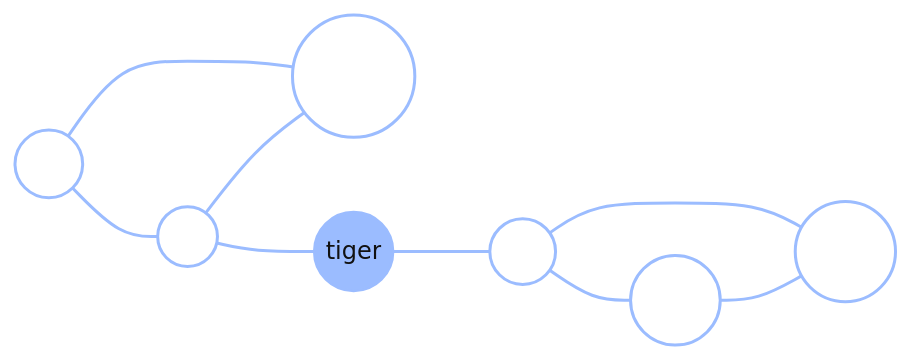
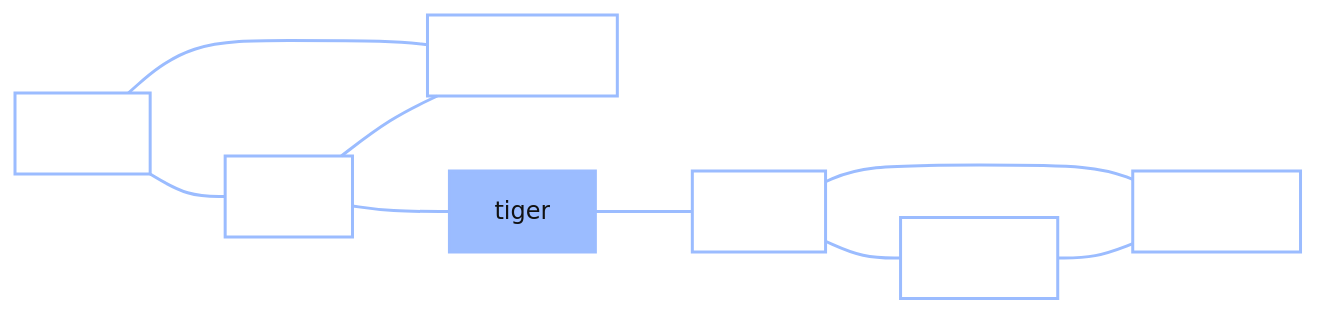
One commit to josephausterweil/probintro changed the diagram in content/intro2/15_memory_search.md. Above: the diagram before and after it, drawn with Mermaid (base theme). The commit also changed 1 other file, not shown here.

Commit message:
Ch 14/15: uniform node size in network diagrams (circles → rounded rects)
Mermaid sizes circle nodes (( )) to fit their label, so "Hamster" /
"giraffe" ballooned into much larger circles than "Dog" / "cat" — looked
odd. Switched the network diagrams to rounded-rectangle nodes [ ], which
keep a uniform height regardless of label length. Diagram-only change
(two diagrams in Ch 14, one in Ch 15); no code or prose touched, so code
still validates green. Ch 13's diagrams left as circles — their labels
are balanced (T/tonkatsu vs H/hamburger) or single digits, so no
ballooning there.

````diff
--- a/content/intro2/15_memory_search.md
+++ b/content/intro2/15_memory_search.md
@@ -33,16 +33,16 @@
 ```mermaid
 graph LR
-    Pet1((dog)) --- Pet2((cat))
-    Pet1 --- Pet3((hamster))
+    Pet1["dog"] --- Pet2["cat"]
+    Pet1 --- Pet3["hamster"]
     Pet2 --- Pet3
-    Pet2 --- Bridge((tiger))
-    Bridge --- Afr1((lion))
-    Afr1 --- Afr2((zebra))
-    Afr1 --- Afr3((giraffe))
+    Pet2 --- Bridge["tiger"]
+    Bridge --- Afr1["lion"]
+    Afr1 --- Afr2["zebra"]
+    Afr1 --- Afr3["giraffe"]
     Afr2 --- Afr3
     classDef node fill:none,stroke:#9bbcff,stroke-width:2px,color:#fff
     classDef bridge fill:#9bbcff,stroke:#9bbcff,stroke-width:2px,color:#111
     class Pet1,Pet2,Pet3,Afr1,Afr2,Afr3 node
     class Bridge bridge
     linkStyle default stroke:#9bbcff,stroke-width:2px,color:#fff
 ```
````
